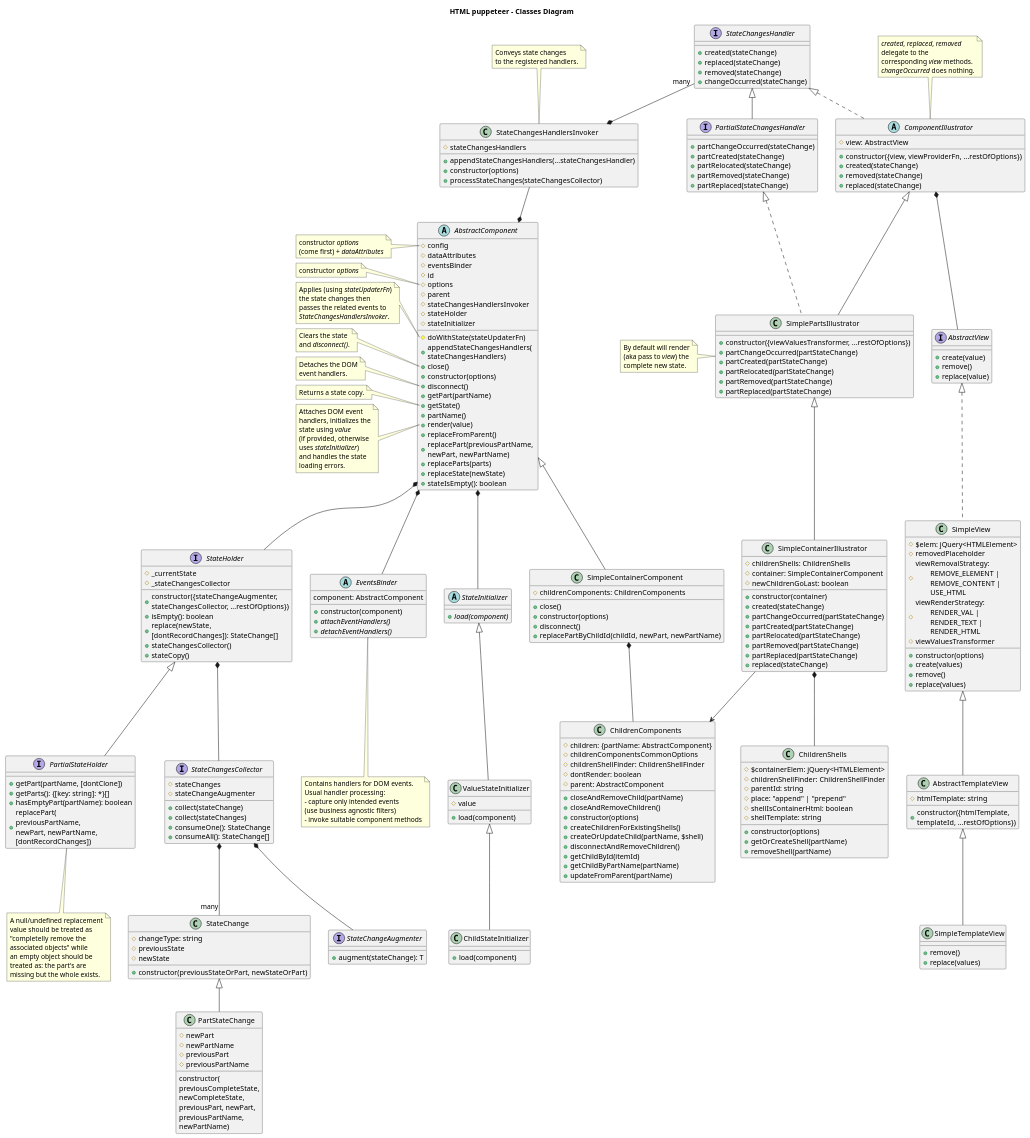
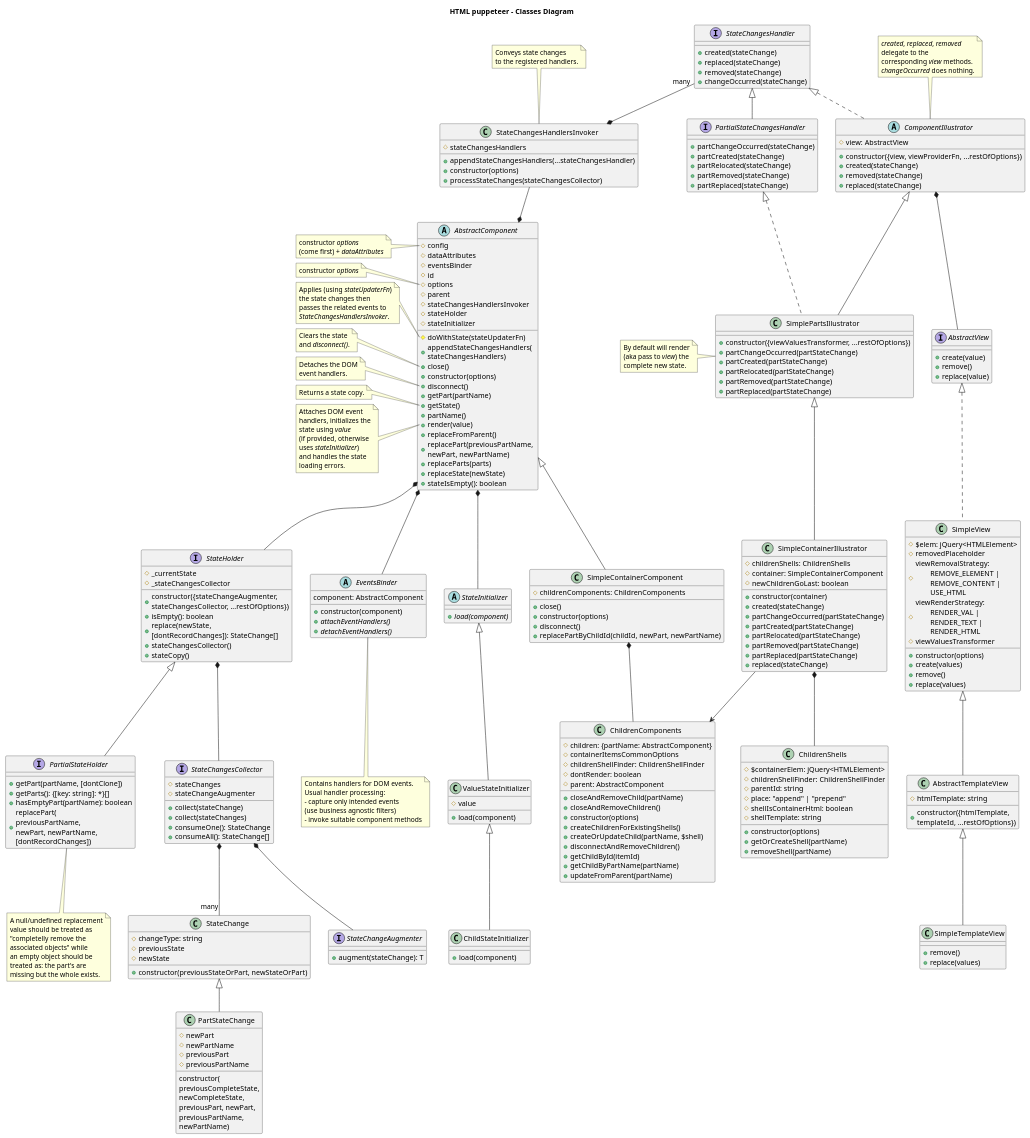
One commit to adrhc/html-puppeteer changed the diagram in design/classes-diagram-v1.puml. Above: the diagram before and after it, drawn with PlantUML. The commit also changed 6 other files, not shown here.

Commit message:
ChildrenComponentsCommonOptions -> ContainerItemsCommonOptions

```diff
--- a/design/classes-diagram-v1.puml
+++ b/design/classes-diagram-v1.puml
@@ -145,7 +145,7 @@
 
 class ChildrenComponents {
 #children: {partName: AbstractComponent}
-#childrenComponentsCommonOptions
+#containerItemsCommonOptions
 #childrenShellFinder: ChildrenShellFinder
 #dontRender: boolean
 #parent: AbstractComponent
```
